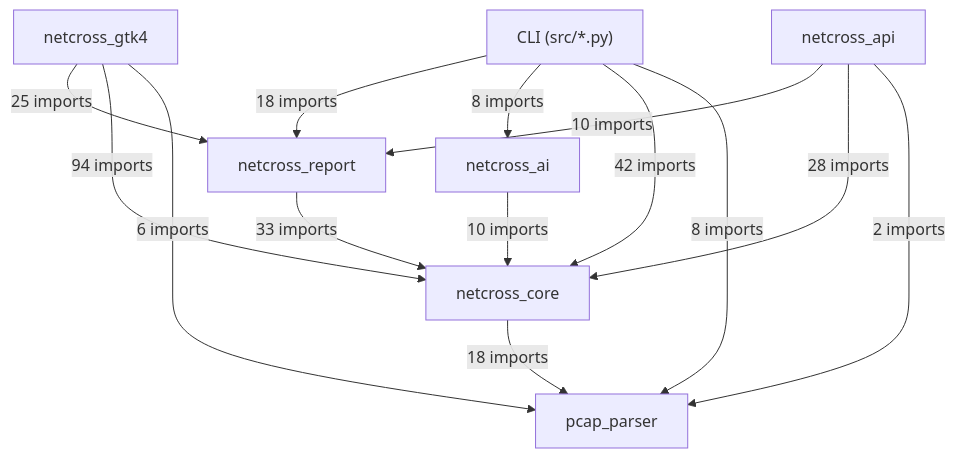
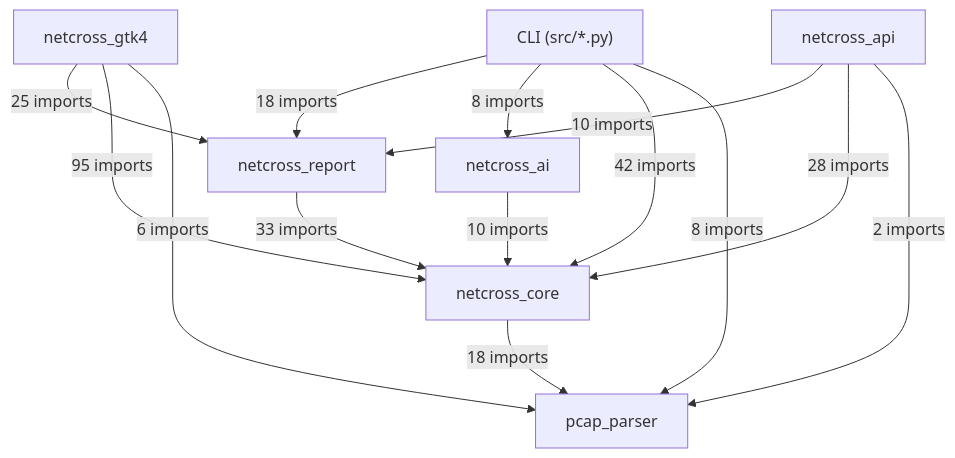
Before and after one commit to Mathide-Team/Netcross: the first of 19 diagrams in docs/class-diagram.md, drawn with Mermaid. The commit also changed other lines of this file and 9 other files, not shown here.

````diff
--- a/docs/class-diagram.md
+++ b/docs/class-diagram.md
@@ -26,23 +26,23 @@
 ```mermaid
 flowchart TD
     CLI["CLI (src/*.py)"]
     netcross_gtk4["netcross_gtk4"]
     netcross_api["netcross_api"]
     netcross_report["netcross_report"]
     netcross_ai["netcross_ai"]
     netcross_core["netcross_core"]
     pcap_parser["pcap_parser"]
     CLI -->|"18 imports"| netcross_report
     CLI -->|"8 imports"| netcross_ai
     CLI -->|"42 imports"| netcross_core
     CLI -->|"8 imports"| pcap_parser
     netcross_gtk4 -->|"25 imports"| netcross_report
-    netcross_gtk4 -->|"94 imports"| netcross_core
+    netcross_gtk4 -->|"95 imports"| netcross_core
     netcross_gtk4 -->|"6 imports"| pcap_parser
     netcross_api -->|"10 imports"| netcross_report
     netcross_api -->|"28 imports"| netcross_core
     netcross_api -->|"2 imports"| pcap_parser
     netcross_report -->|"33 imports"| netcross_core
     netcross_ai -->|"10 imports"| netcross_core
     netcross_core -->|"18 imports"| pcap_parser
 ```
````
